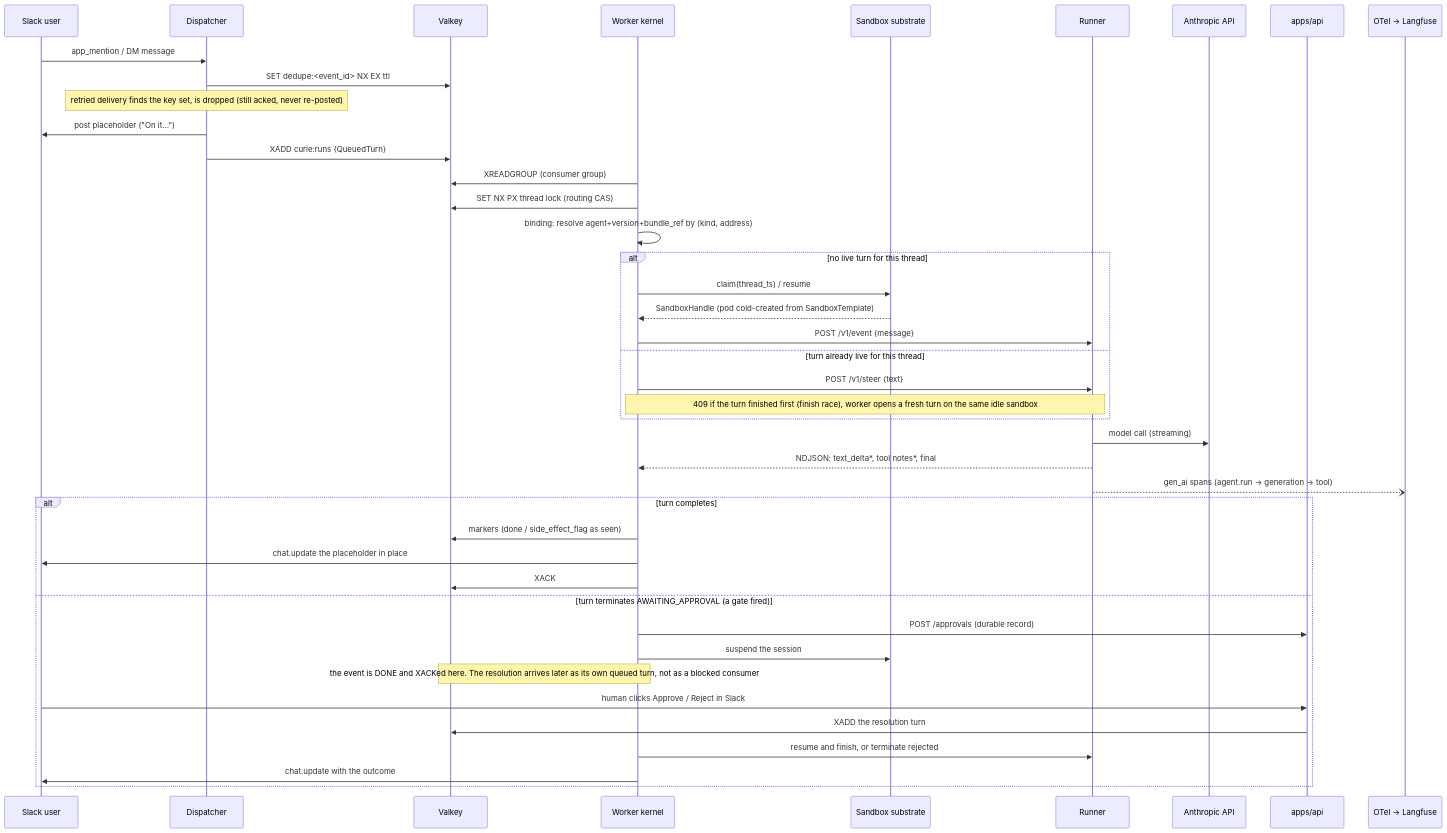
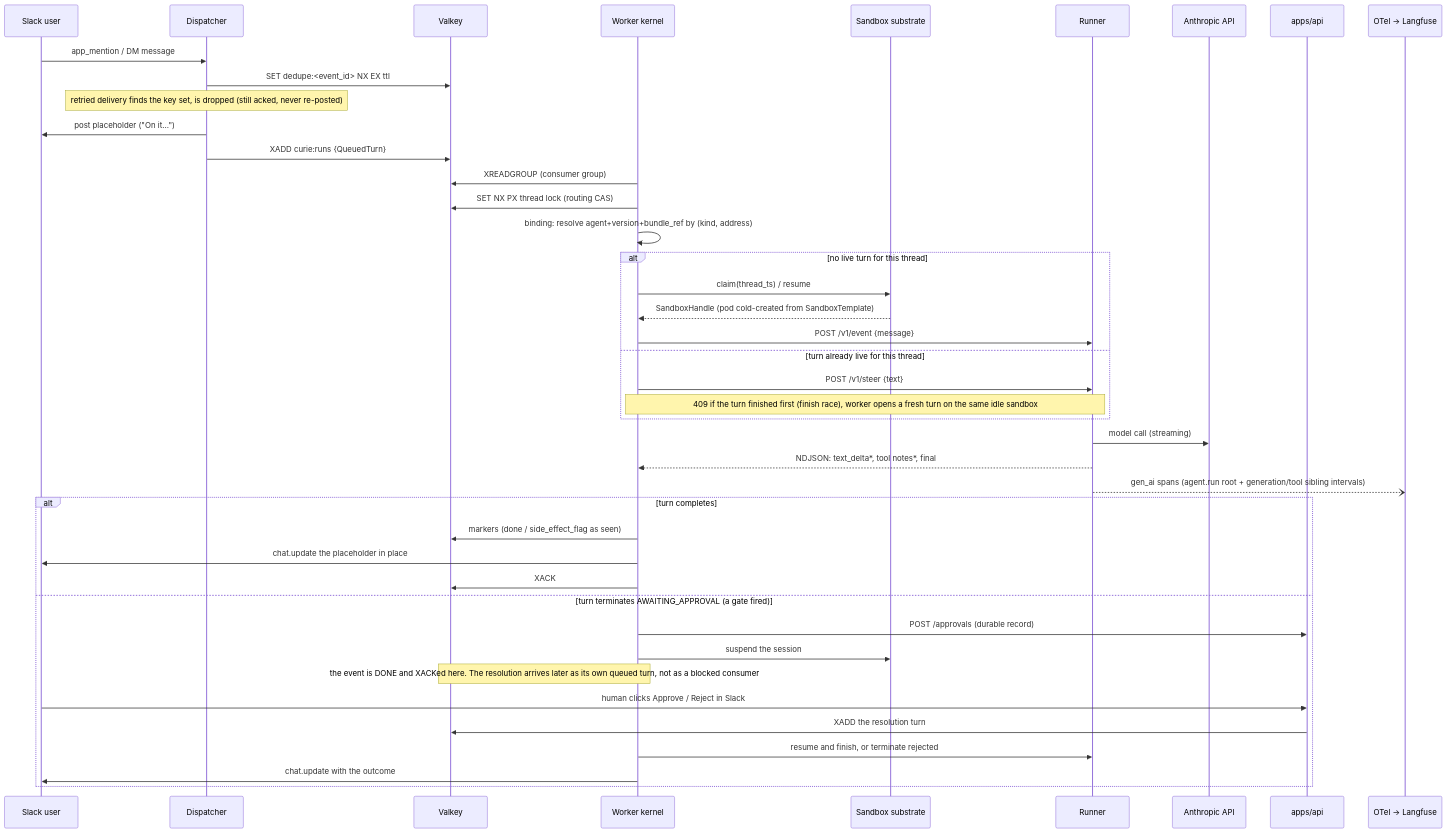
One commit to curie-eng/agentos changed the second of 3 diagrams in ARCHITECTURE.md. Above: the diagram before and after it, drawn with Mermaid. The commit also changed 7 other files, not shown here.

````diff
--- a/ARCHITECTURE.md
+++ b/ARCHITECTURE.md
@@ -251,48 +251,48 @@
 ```mermaid
 sequenceDiagram
     participant U as Slack user
     participant D as Dispatcher
     participant V as Valkey
     participant W as Worker kernel
     participant S as Sandbox substrate
     participant R as Runner
     participant A as Anthropic API
     participant P as apps/api
     participant O as OTel -> Langfuse
 
     U->>D: app_mention / DM message
     D->>V: SET dedupe:<event_id> NX EX ttl
     Note over D: retried delivery finds the key set, is dropped (still acked, never re-posted)
     D->>U: post placeholder ("On it...")
     D->>V: XADD curie:runs {QueuedTurn}
 
     W->>V: XREADGROUP (consumer group)
     W->>V: SET NX PX thread lock (routing CAS)
     W->>W: binding: resolve agent+version+bundle_ref by (kind, address)
     alt no live turn for this thread
         W->>S: claim(thread_ts) / resume
         S-->>W: SandboxHandle (pod cold-created from SandboxTemplate)
         W->>R: POST /v1/event {message}
     else turn already live for this thread
         W->>R: POST /v1/steer {text}
         Note over W,R: 409 if the turn finished first (finish race), worker opens a fresh turn on the same idle sandbox
     end
 
     R->>A: model call (streaming)
     R-->>W: NDJSON: text_delta*, tool notes*, final
-    R--)O: gen_ai spans (agent.run -> generation -> tool)
+    R--)O: gen_ai spans (agent.run root + generation/tool sibling intervals)
 
     alt turn completes
         W->>V: markers (done / side_effect_flag as seen)
         W->>U: chat.update the placeholder in place
         W->>V: XACK
     else turn terminates AWAITING_APPROVAL (a gate fired)
         W->>P: POST /approvals (durable record)
         W->>S: suspend the session
         Note over W,V: the event is DONE and XACKed here. The resolution arrives later as its own queued turn, not as a blocked consumer
         U->>P: human clicks Approve / Reject in Slack
         P->>V: XADD the resolution turn
         W->>R: resume and finish, or terminate rejected
         W->>U: chat.update with the outcome
     end
 ```
````
